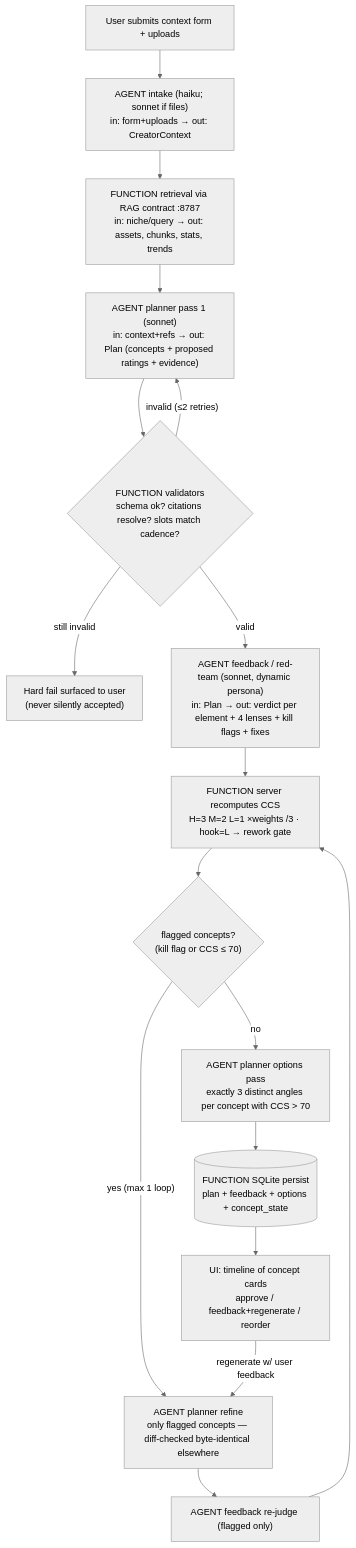
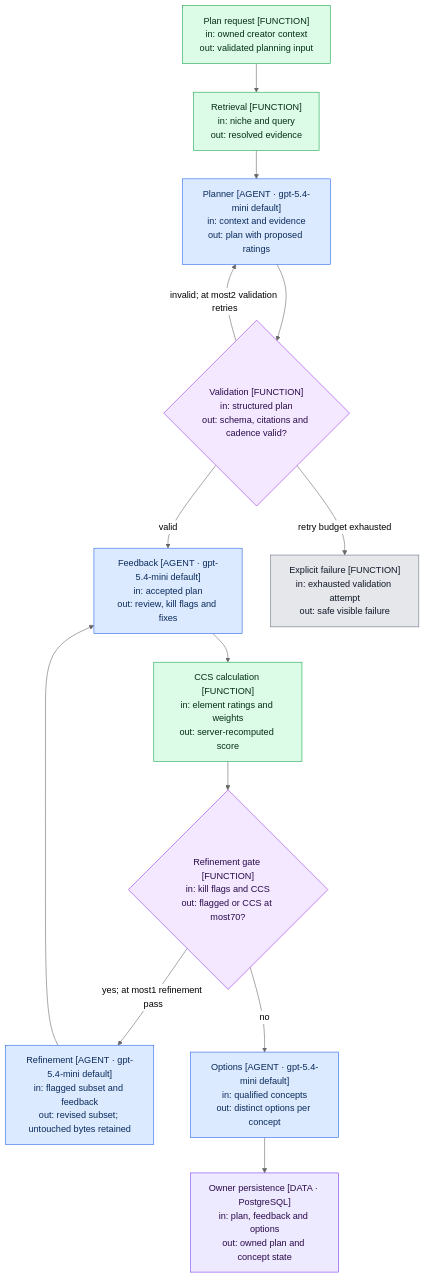
One commit to APareek89/plotline-full changed the diagram in api/docs/mermaid/01-plan-pipeline.mmd. Above: the diagram before and after it, drawn with Mermaid (neutral theme). The commit also changed 91 other files, not shown here.

```diff
--- a/api/docs/mermaid/01-plan-pipeline.mmd
+++ b/api/docs/mermaid/01-plan-pipeline.mmd
@@ -1,18 +1,32 @@
-%% granularity: master
-%% files: app/orchestrator.py app/agents/runner.py app/validators.py app/ccs.py app/agents/mock.py
+%% granularity: full
+%% files: app/orchestrator.py, app/agents/runner.py, app/validators.py, app/ccs.py, app/agents/mock.py, app/agents/providers.py
+%% Legacy planning lane retained behind API; the campaign front door is diagram10.
 flowchart TD
-    U[User submits context form + uploads] --> IN["AGENT intake (haiku; sonnet if files)\nin: form+uploads → out: CreatorContext"]
-    IN --> RET["FUNCTION retrieval via RAG contract :8787\nin: niche/query → out: assets, chunks, stats, trends"]
-    RET --> P1["AGENT planner pass 1 (sonnet)\nin: context+refs → out: Plan (concepts + proposed ratings + evidence)"]
-    P1 --> V1{"FUNCTION validators\nschema ok? citations resolve? slots match cadence?"}
-    V1 -- "invalid (≤2 retries)" --> P1
-    V1 -- "still invalid" --> HF["Hard fail surfaced to user\n(never silently accepted)"]
-    V1 -- valid --> FB["AGENT feedback / red-team (sonnet, dynamic persona)\nin: Plan → out: verdict per element + 4 lenses + kill flags + fixes"]
-    FB --> CCS["FUNCTION server recomputes CCS\nH=3 M=2 L=1 ×weights /3 · hook=L → rework gate"]
-    CCS --> FLAG{"flagged concepts?\n(kill flag or CCS ≤ 70)"}
-    FLAG -- "yes (max 1 loop)" --> P2["AGENT planner refine\nonly flagged concepts — diff-checked byte-identical elsewhere"]
-    P2 --> FB2["AGENT feedback re-judge (flagged only)"] --> CCS
-    FLAG -- no --> OPT["AGENT planner options pass\nexactly 3 distinct angles per concept with CCS > 70"]
-    OPT --> DB[("FUNCTION SQLite persist\nplan + feedback + options + concept_state")]
-    DB --> UI["UI: timeline of concept cards\napprove / feedback+regenerate / reorder"]
-    UI -- "regenerate w/ user feedback" --> P2
+  U["Plan request [FUNCTION]<br/>in: owned creator context<br/>out: validated planning input"]
+  RET["Retrieval [FUNCTION]<br/>in: niche and query<br/>out: resolved evidence"]
+  P1["Planner [AGENT · gpt-5.4-mini default]<br/>in: context and evidence<br/>out: plan with proposed ratings"]
+  V1{"Validation [FUNCTION]<br/>in: structured plan<br/>out: schema, citations and cadence valid?"}
+  FB["Feedback [AGENT · gpt-5.4-mini default]<br/>in: accepted plan<br/>out: review, kill flags and fixes"]
+  CCS["CCS calculation [FUNCTION]<br/>in: element ratings and weights<br/>out: server-recomputed score"]
+  FLAG{"Refinement gate [FUNCTION]<br/>in: kill flags and CCS<br/>out: flagged or CCS at most70?"}
+  P2["Refinement [AGENT · gpt-5.4-mini default]<br/>in: flagged subset and feedback<br/>out: revised subset; untouched bytes retained"]
+  OPT["Options [AGENT · gpt-5.4-mini default]<br/>in: qualified concepts<br/>out: distinct options per concept"]
+  DB["Owner persistence [DATA · PostgreSQL]<br/>in: plan, feedback and options<br/>out: owned plan and concept state"]
+  HF["Explicit failure [FUNCTION]<br/>in: exhausted validation attempt<br/>out: safe visible failure"]
+  U --> RET --> P1 --> V1
+  V1 -->|"invalid; at most2 validation retries"| P1
+  V1 -->|"retry budget exhausted"| HF
+  V1 -->|"valid"| FB --> CCS --> FLAG
+  FLAG -->|"yes; at most1 refinement pass"| P2 --> FB
+  FLAG -->|"no"| OPT --> DB
+  classDef agent fill:#dbeafe,stroke:#2563eb,color:#0b2a5b;
+  classDef fn fill:#dcfce7,stroke:#16a34a,color:#052e16;
+  classDef dec fill:#f3e8ff,stroke:#9333ea,color:#2a0a4a;
+  classDef term fill:#e5e7eb,stroke:#6b7280,color:#111827;
+  classDef ask fill:#cffafe,stroke:#0891b2,color:#083344;
+  classDef data fill:#ede9fe,stroke:#7c3aed,color:#2a0a4a;
+  class U,RET,CCS fn;
+  class P1,FB,P2,OPT agent;
+  class V1,FLAG dec;
+  class DB data;
+  class HF term;
```
